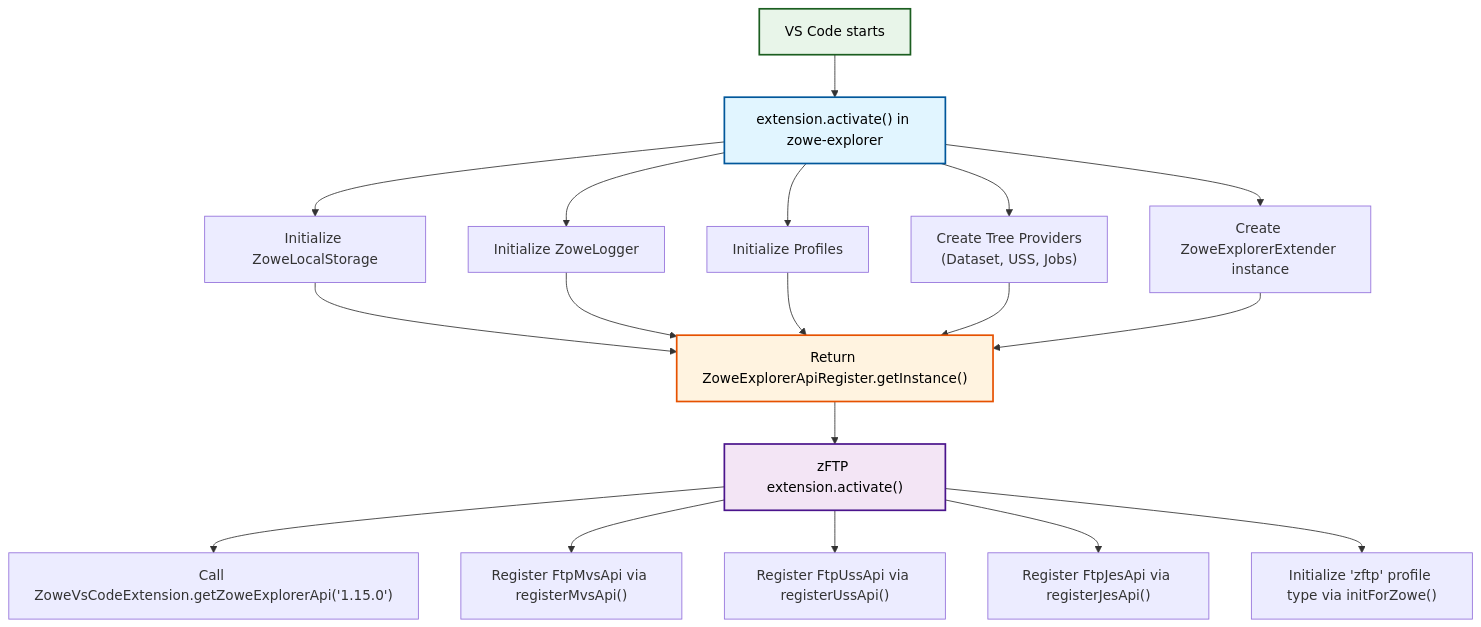
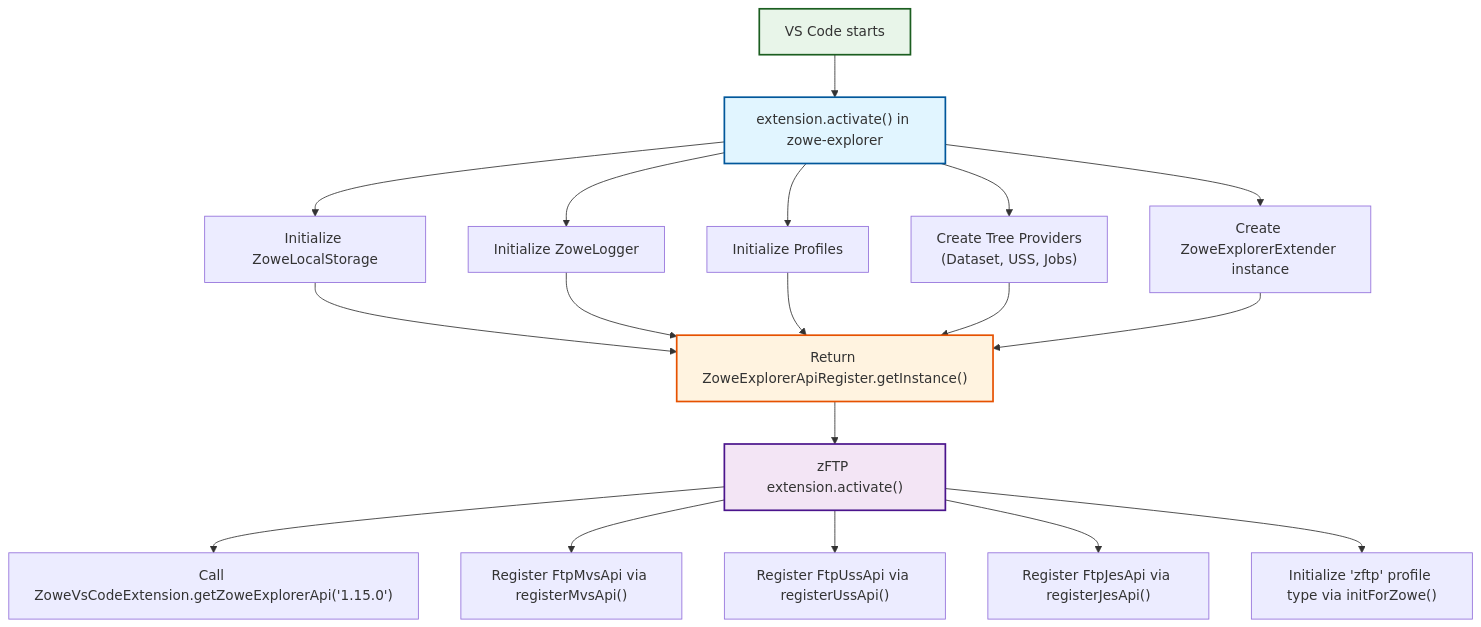
One commit to zowe/zowe-explorer-vscode changed the second of 5 diagrams in docs/ARCHITECTURE.md. Above: the diagram before and after it, drawn with Mermaid. The commit also changed other lines of this file, not shown here.

````diff
--- a/docs/ARCHITECTURE.md
+++ b/docs/ARCHITECTURE.md
@@ -222,27 +222,27 @@
 ```mermaid
 flowchart TD
     Start["VS Code starts"] --> Activate["extension.activate() in zowe-explorer"]
     Activate --> Storage["Initialize ZoweLocalStorage"]
     Activate --> Logger["Initialize ZoweLogger"]
     Activate --> Profiles["Initialize Profiles"]
     Activate --> Trees["Create Tree Providers<br/>(Dataset, USS, Jobs)"]
     Activate --> Extender["Create ZoweExplorerExtender instance"]
 
     Storage --> Return["Return ZoweExplorerApiRegister.getInstance()"]
     Logger --> Return
     Profiles --> Return
     Trees --> Return
     Extender --> Return
 
     Return --> FTPActivate["zFTP extension.activate()"]
     FTPActivate --> GetAPI["Call ZoweVsCodeExtension.getZoweExplorerApi('1.15.0')"]
     FTPActivate --> RegMvs["Register FtpMvsApi via registerMvsApi()"]
     FTPActivate --> RegUss["Register FtpUssApi via registerUssApi()"]
     FTPActivate --> RegJes["Register FtpJesApi via registerJesApi()"]
     FTPActivate --> InitProfile["Initialize 'zftp' profile type via initForZowe()"]
 
-    style Start fill:#e8f5e9,stroke:#1b5e20,stroke-width:2px,color:#000
-    style Activate fill:#e1f5ff,stroke:#01579b,stroke-width:2px,color:#000
-    style Return fill:#fff3e0,stroke:#e65100,stroke-width:2px,color:#000
-    style FTPActivate fill:#f3e5f5,stroke:#4a148c,stroke-width:2px,color:#000
+    style Start fill:#e8f5e9,stroke:#1b5e20,stroke-width:2px
+    style Activate fill:#e1f5ff,stroke:#01579b,stroke-width:2px
+    style Return fill:#fff3e0,stroke:#e65100,stroke-width:2px
+    style FTPActivate fill:#f3e5f5,stroke:#4a148c,stroke-width:2px
 ```
````
